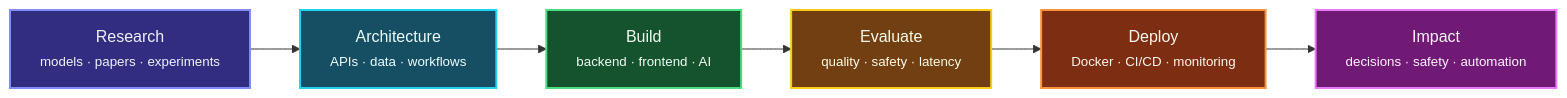
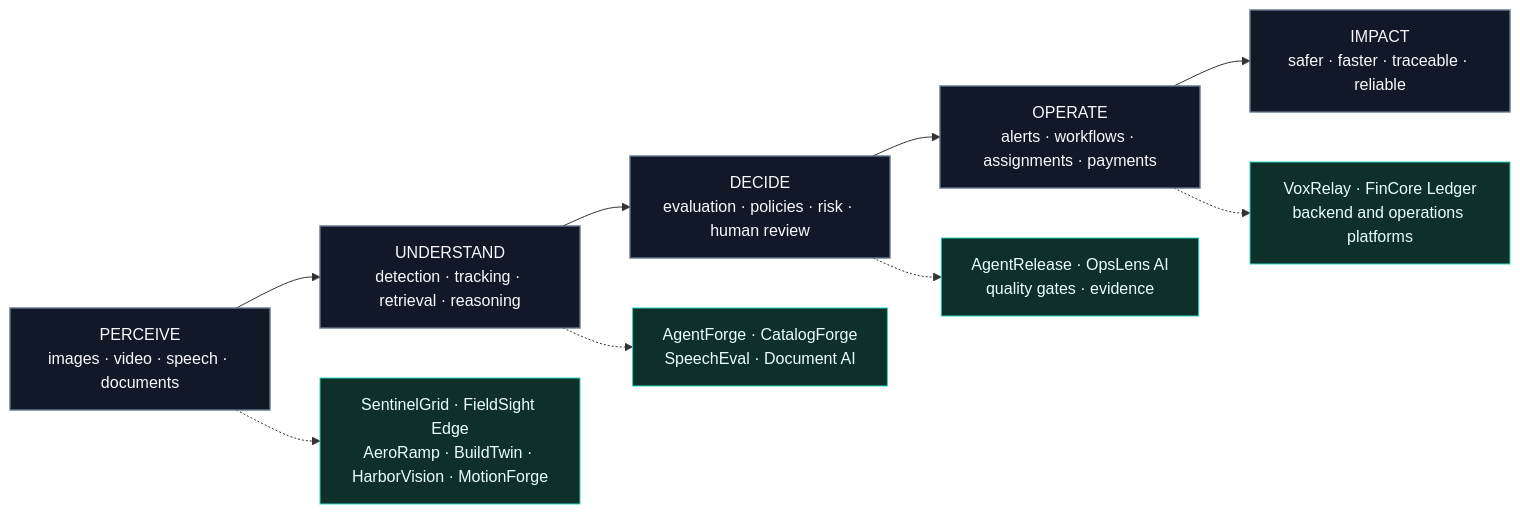
The diagram in README.md (HUSNAIN-MUNAWAR/HUSNAIN-MUNAWAR), drawn with Mermaid before and after one commit. The commit also changed other lines of this file, not shown here.

````diff
--- a/README.md
+++ b/README.md
@@ -126,25 +31,21 @@
 ```mermaid
 flowchart LR
-    R["Research<br/><small>models · papers · experiments</small>"]
-    A["Architecture<br/><small>APIs · data · workflows</small>"]
-    B["Build<br/><small>backend · frontend · AI</small>"]
-    E["Evaluate<br/><small>quality · safety · latency</small>"]
-    D["Deploy<br/><small>Docker · CI/CD · monitoring</small>"]
-    I["Impact<br/><small>decisions · safety · automation</small>"]
+    A["PERCEIVE<br/>images · video · speech · documents"]
+    B["UNDERSTAND<br/>detection · tracking · retrieval · reasoning"]
+    C["DECIDE<br/>evaluation · policies · risk · human review"]
+    D["OPERATE<br/>alerts · workflows · assignments · payments"]
+    E["IMPACT<br/>safer · faster · traceable · reliable"]
 
-    R --> A --> B --> E --> D --> I
+    A --> B --> C --> D --> E
 
-    classDef research fill:#312E81,stroke:#818CF8,color:#EEF2FF,stroke-width:2px;
-    classDef architecture fill:#164E63,stroke:#22D3EE,color:#ECFEFF,stroke-width:2px;
-    classDef build fill:#14532D,stroke:#4ADE80,color:#F0FDF4,stroke-width:2px;
-    classDef evaluate fill:#713F12,stroke:#FACC15,color:#FEFCE8,stroke-width:2px;
-    classDef deploy fill:#7C2D12,stroke:#FB923C,color:#FFF7ED,stroke-width:2px;
-    classDef impact fill:#701A75,stroke:#E879F9,color:#FDF4FF,stroke-width:2px;
+    A -.-> V["SentinelGrid · FieldSight Edge<br/>AeroRamp · BuildTwin · HarborVision · MotionForge"]
+    B -.-> I["AgentForge · CatalogForge<br/>SpeechEval · Document AI"]
+    C -.-> G["AgentRelease · OpsLens AI<br/>quality gates · evidence"]
+    D -.-> P["VoxRelay · FinCore Ledger<br/>backend and operations platforms"]
 
-    class R research;
-    class A architecture;
-    class B build;
-    class E evaluate;
-    class D deploy;
-    class I impact;
+    classDef stage fill:#111827,stroke:#64748B,color:#F8FAFC,stroke-width:1.4px;
+    classDef project fill:#0F2F2B,stroke:#2DD4BF,color:#ECFEFF,stroke-width:1px;
+
+    class A,B,C,D,E stage;
+    class V,I,G,P project;
 ```
````
